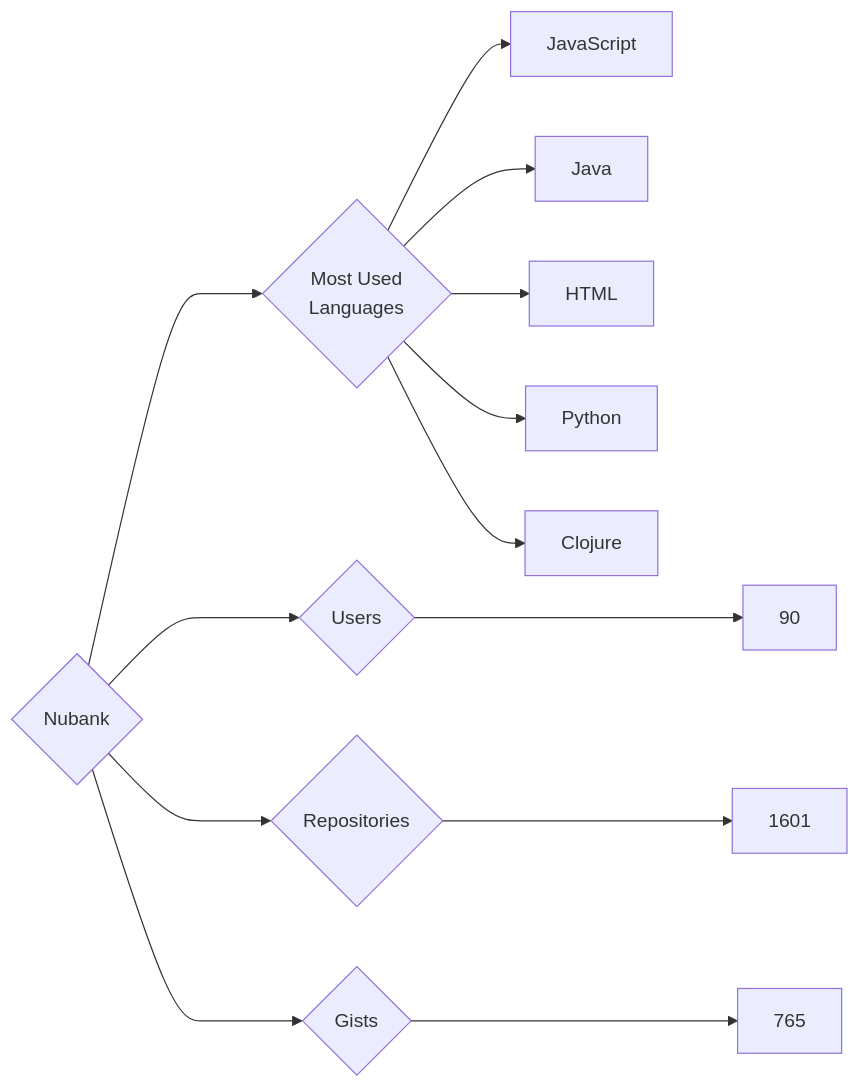
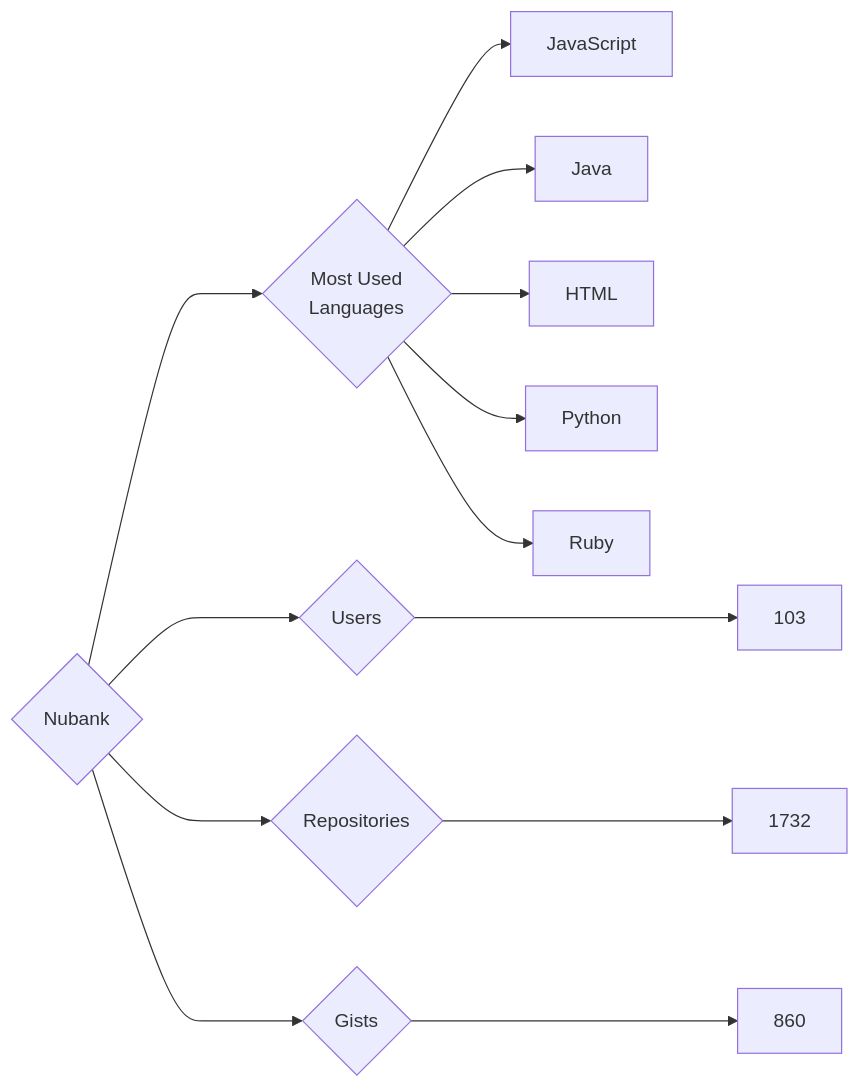
The diagram in targets/Nubank/README.md (trickest/insiders), drawn with Mermaid before and after one commit. The commit also changed 1696 other files, not shown here.

````diff
--- a/targets/Nubank/README.md
+++ b/targets/Nubank/README.md
@@ -3,13 +3,13 @@
 ```mermaid
 graph LR
 COMPANY_NAME{Nubank}
-COMPANY_NAME ---> U{Users} ---> UN[90]
-COMPANY_NAME ---> R{Repositories} ---> RN[1601]
-COMPANY_NAME ---> G{Gists} ---> GN[765]
+COMPANY_NAME ---> U{Users} ---> UN[103]
+COMPANY_NAME ---> R{Repositories} ---> RN[1732]
+COMPANY_NAME ---> G{Gists} ---> GN[860]
 COMPANY_NAME ---> ML{Most Used<br>Languages}
 ML --> JavaScript[JavaScript]
 ML --> Java[Java]
 ML --> HTML[HTML]
 ML --> Python[Python]
-ML --> Clojure[Clojure]
+ML --> Ruby[Ruby]
 ```
````
